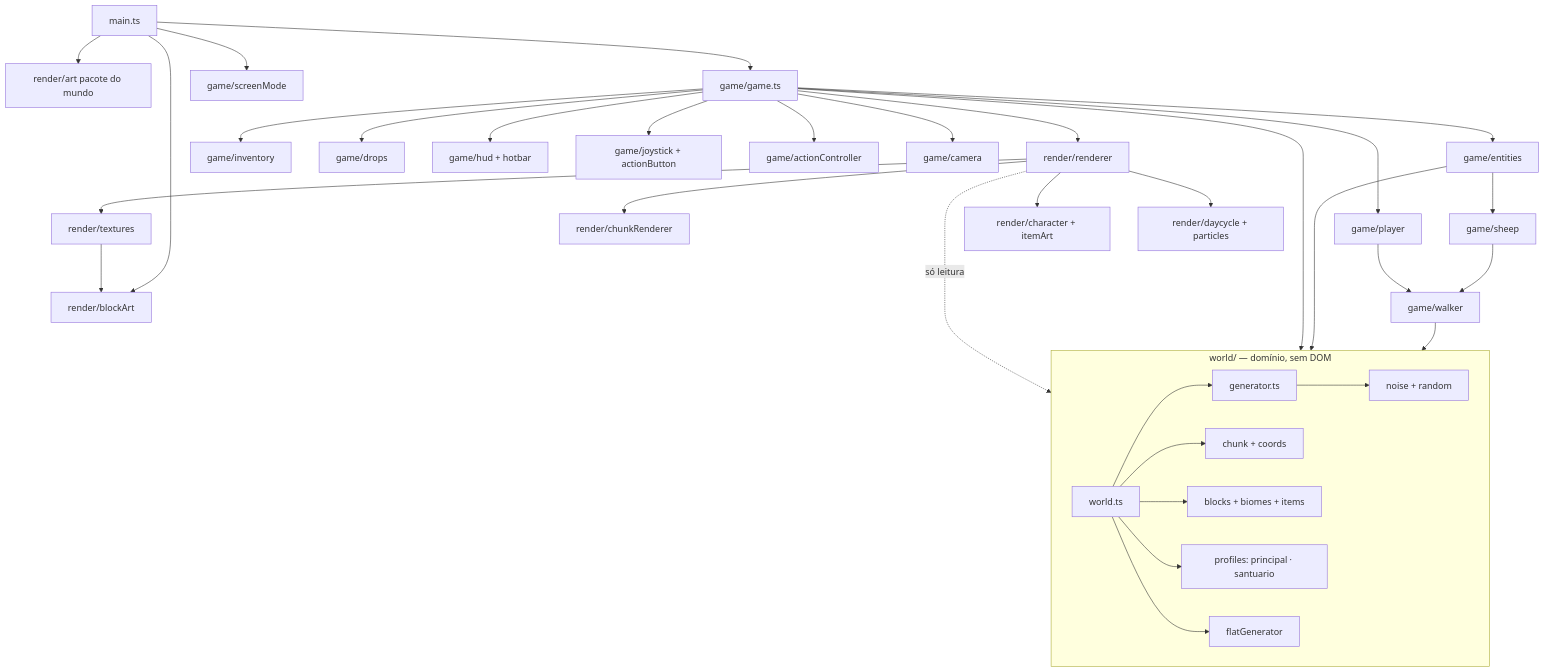
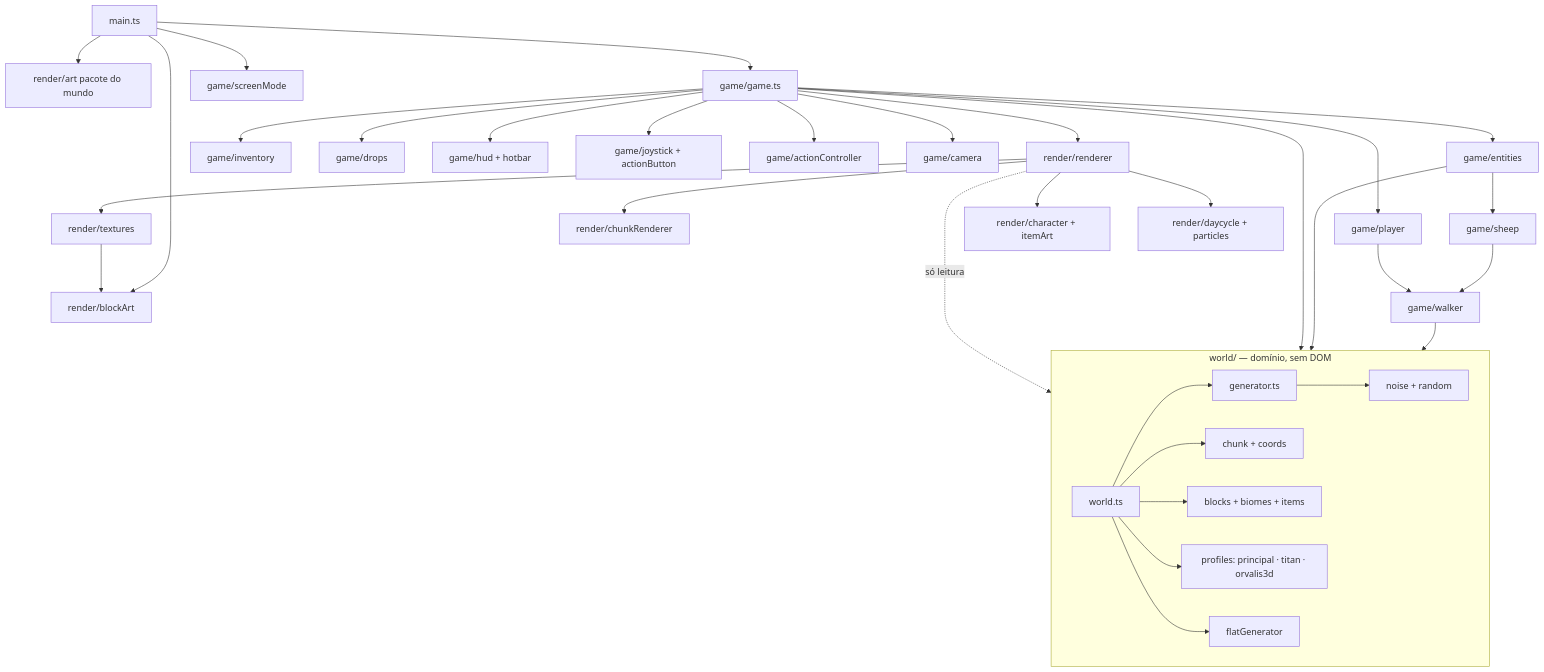
One commit to maiam/mundoblocos-2d changed the first of 7 diagrams in docs/MAPS.md. Above: the diagram before and after it, drawn with Mermaid. The commit also changed 161 other files, not shown here.

````diff
--- a/docs/MAPS.md
+++ b/docs/MAPS.md
@@ -23,31 +23,31 @@
 ```mermaid
 flowchart TD
   main[main.ts] --> art[render/art pacote do mundo]
   main --> blockArt[render/blockArt]
   main --> game[game/game.ts]
   main --> screen[game/screenMode]
   game --> ent[game/entities] --> sheep[game/sheep] --> walker[game/walker]
   game --> player[game/player] --> walker
   game --> inv[game/inventory]
   game --> drops[game/drops]
   game --> hud[game/hud + hotbar]
   game --> ui[game/joystick + actionButton]
   game --> act[game/actionController]
   game --> cam[game/camera]
   game --> renderer[render/renderer]
   renderer --> chunkR[render/chunkRenderer]
   renderer --> tex[render/textures] --> blockArt
   renderer --> chars[render/character + itemArt]
   renderer --> fx[render/daycycle + particles]
   walker --> world
   ent --> world
   game --> world
   renderer -. só leitura .-> world
   subgraph world [world/ — domínio, sem DOM]
     W[world.ts] --> G[generator.ts] --> N[noise + random]
     W --> C[chunk + coords]
     W --> B[blocks + biomes + items]
-    W --> PR[profiles: principal · santuario]
+    W --> PR[profiles: principal · titan · orvalis3d]
     W --> FG[flatGenerator]
   end
 ```
````
